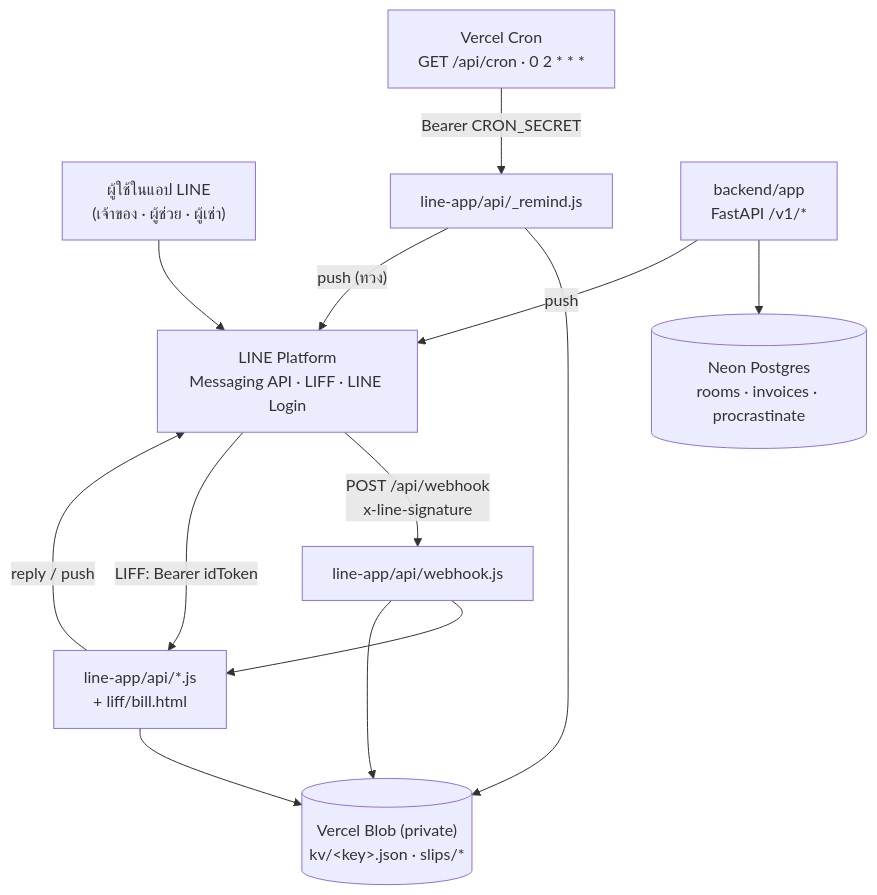
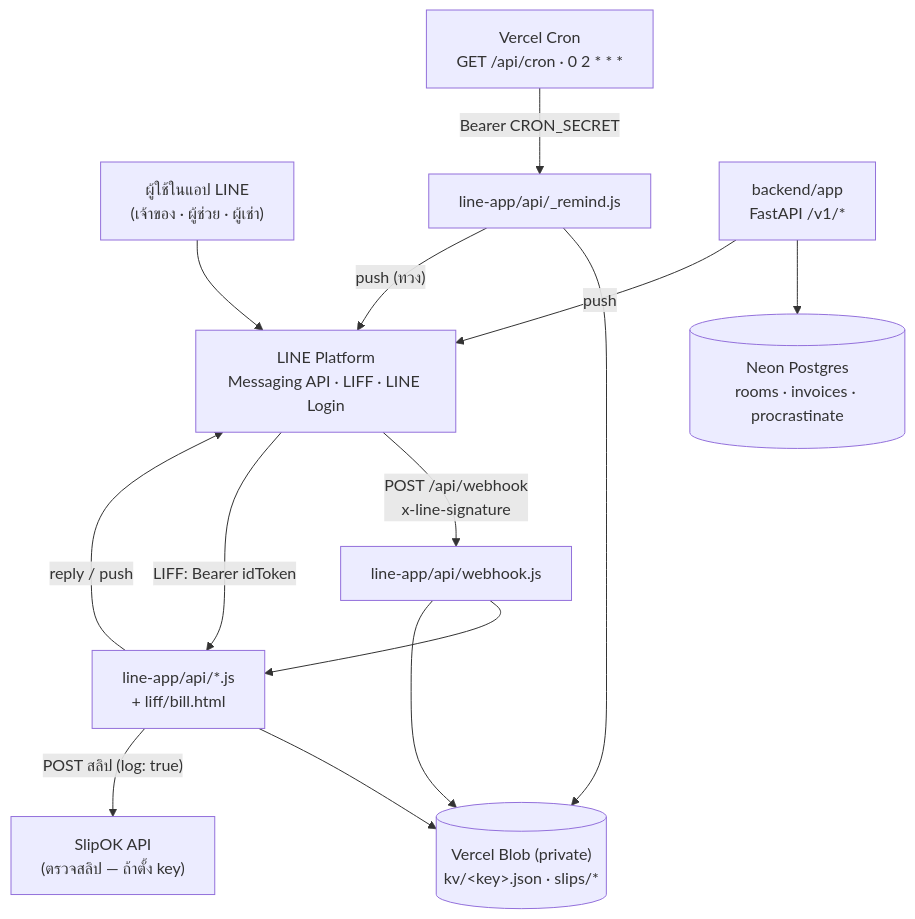
Before and after one commit to WinTuner/Dormplus-prototype: the diagram in docs/ARCHITECTURE.md, drawn with Mermaid. The commit also changed other lines of this file and 13 other files, not shown here.

````diff
--- a/docs/ARCHITECTURE.md
+++ b/docs/ARCHITECTURE.md
@@ -57,25 +58,27 @@
 ```mermaid
 graph TD
   USER["ผู้ใช้ในแอป LINE<br/>(เจ้าของ · ผู้ช่วย · ผู้เช่า)"]
   LINE["LINE Platform<br/>Messaging API · LIFF · LINE Login"]
   WH["line-app/api/webhook.js"]
   API["line-app/api/*.js<br/>+ liff/bill.html"]
   BLOB[("Vercel Blob (private)<br/>kv/&lt;key&gt;.json · slips/*")]
+  SLIPOK["SlipOK API<br/>(ตรวจสลิป — ถ้าตั้ง key)"]
   CRON["Vercel Cron<br/>GET /api/cron · 0 2 * * *"]
   REM["line-app/api/_remind.js"]
   BE["backend/app<br/>FastAPI /v1/*"]
   PG[("Neon Postgres<br/>rooms · invoices · procrastinate")]
 
   USER --> LINE
   LINE -->|"POST /api/webhook<br/>x-line-signature"| WH
   LINE -->|"LIFF: Bearer idToken"| API
   WH --> API
   WH --> BLOB
   API --> BLOB
   API -->|"reply / push"| LINE
+  API -->|"POST สลิป (log: true)"| SLIPOK
   CRON -->|"Bearer CRON_SECRET"| REM
   REM --> BLOB
   REM -->|"push (ทวง)"| LINE
   BE --> PG
   BE -->|"push"| LINE
 ```
````
